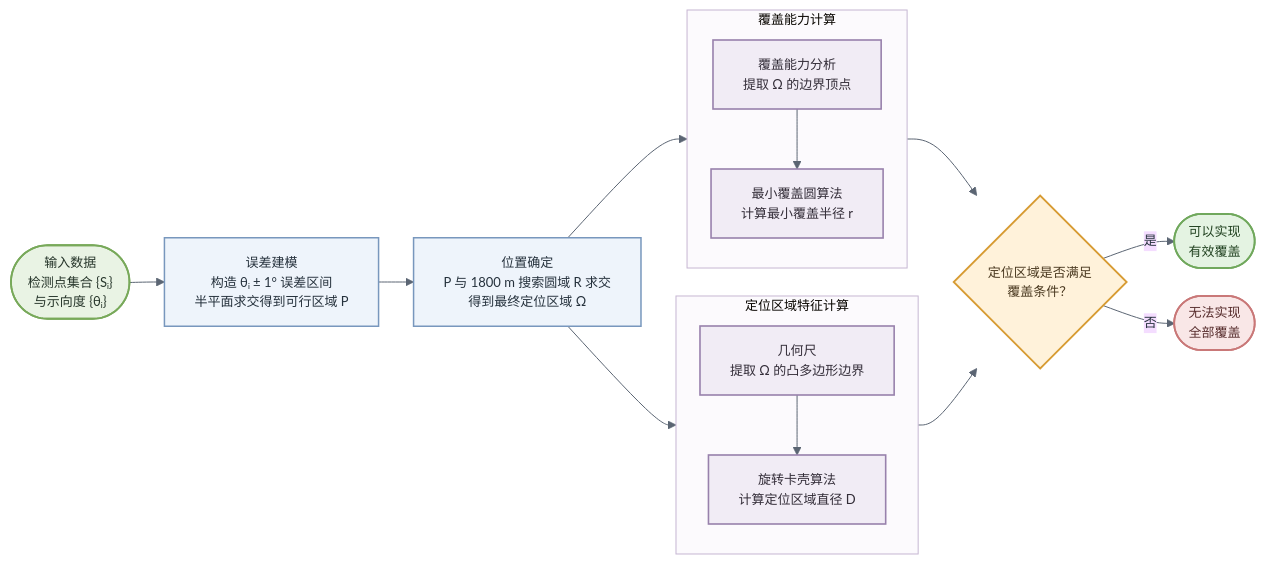
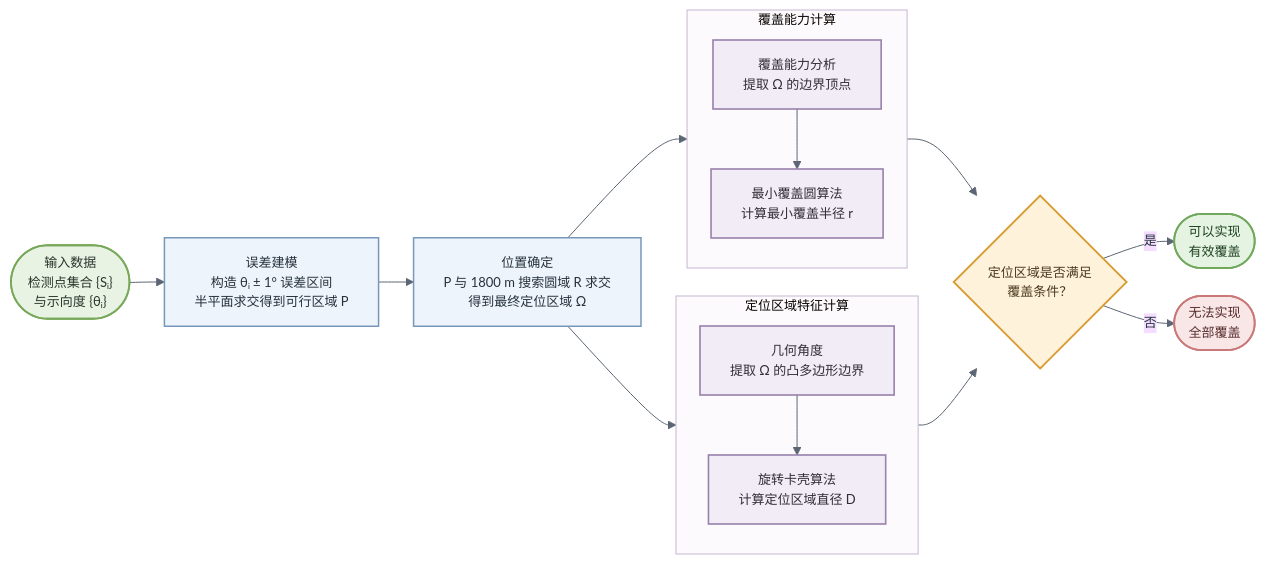
One commit to Kristine922/iodraw-files changed the diagram in all/未命名.md. Above: the diagram before and after it, drawn with Mermaid.

Commit message:
2026-09-11 18:58:13 update

```diff
--- a/all/未命名.md
+++ b/all/未命名.md
@@ -37,7 +37,7 @@
 subgraph S1["定位区域特征计算"]
 direction TB
 
-G["几何尺<br/>提取 Ω 的凸多边形边界"]
+G["几何角度<br/>提取 Ω 的凸多边形边界"]
 
 I["旋转卡壳算法<br/>计算定位区域直径 D"]
 
```
